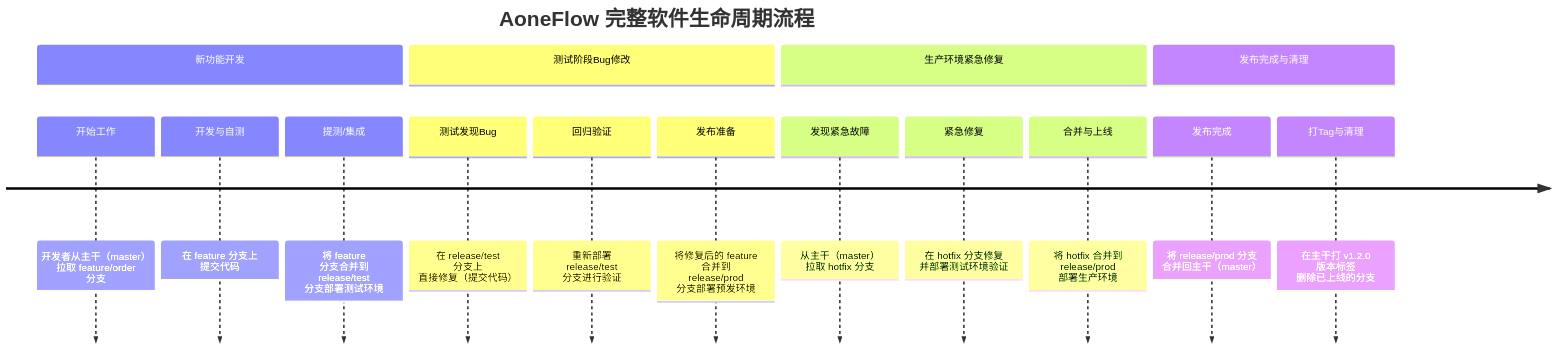
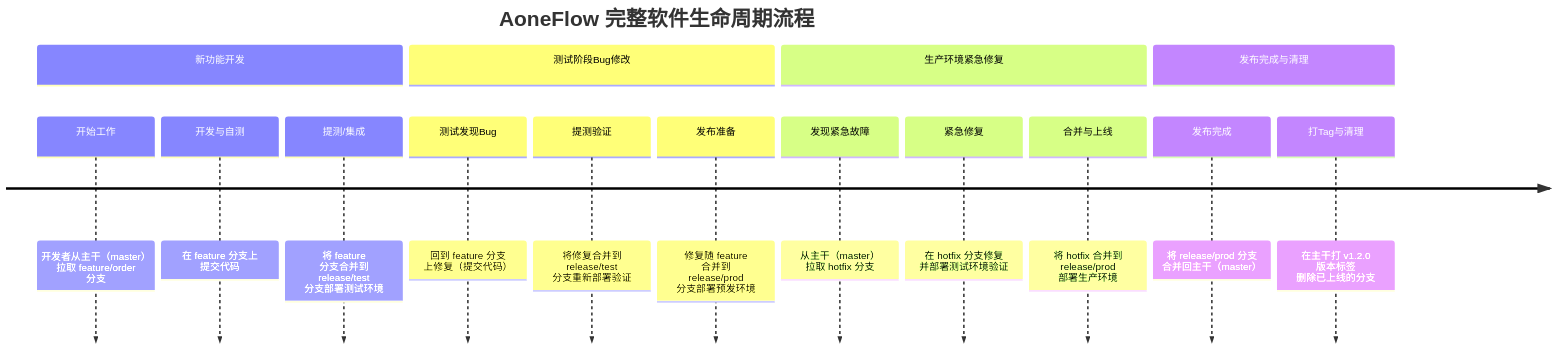
The diagram in content/posts/AoneFlow分支管理模型介绍.md (ZUOXIANGE/zuoxiange.github.io), drawn with Mermaid before and after one commit. The commit also changed other lines of this file, not shown here.

````diff
--- a/content/posts/AoneFlow分支管理模型介绍.md
+++ b/content/posts/AoneFlow分支管理模型介绍.md
@@ -28,19 +28,19 @@
 ```mermaid
 timeline
     title AoneFlow 完整软件生命周期流程
     section 新功能开发
         开始工作 : 开发者从主干（master）<br>拉取 feature/order 分支
         开发与自测 : 在 feature 分支上<br>提交代码
         提测/集成 : 将 feature 分支合并到<br>release/test 分支部署测试环境
     section 测试阶段Bug修改
-        测试发现Bug : 在 release/test 分支上<br>直接修复（提交代码）
-        回归验证 : 重新部署 release/test<br>分支进行验证
-        发布准备 : 将修复后的 feature 合并到<br>release/prod 分支部署预发环境
+        测试发现Bug : 回到 feature 分支<br>上修复（提交代码）
+        提测验证 : 将修复合并到 release/test<br>分支重新部署验证
+        发布准备 : 修复随 feature 合并到<br>release/prod 分支部署预发环境
     section 生产环境紧急修复
         发现紧急故障 : 从主干（master）<br>拉取 hotfix 分支
         紧急修复 : 在 hotfix 分支修复<br>并部署测试环境验证
         合并与上线 : 将 hotfix 合并到 release/prod<br>部署生产环境
     section 发布完成与清理
         发布完成 : 将 release/prod 分支<br>合并回主干（master）
         打Tag与清理 : 在主干打 v1.2.0 版本标签<br>删除已上线的分支
 ```
````
